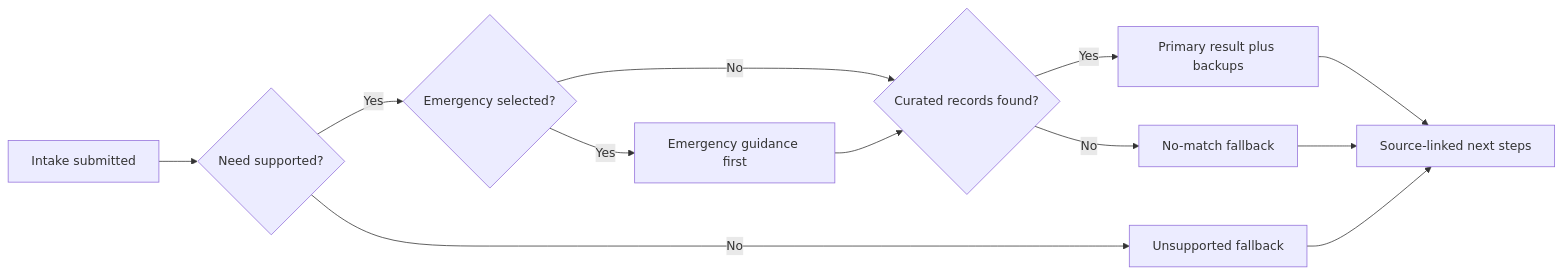
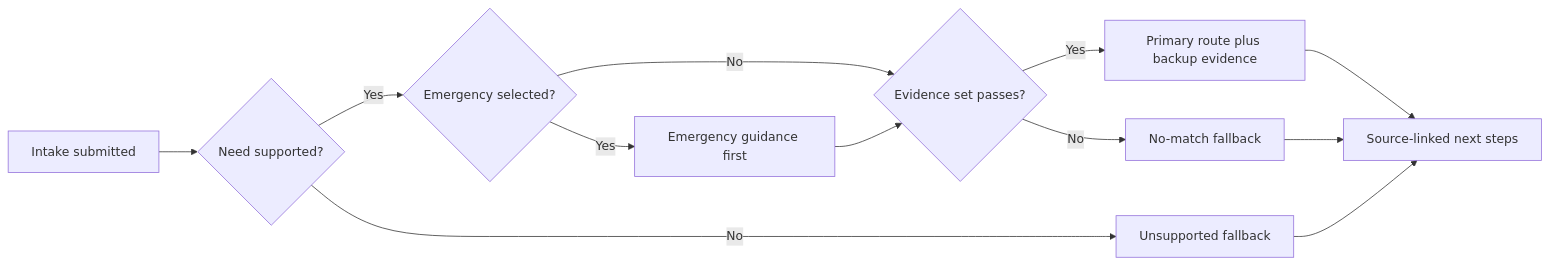
Before and after one commit to AbdelazizAhmed314/McGill-Care-Compass: the fourth of 4 diagrams in docs/project/User-Journey-and-Prototype-Response-Format.md, drawn with Mermaid. The commit also changed other lines of this file, not shown here.

````diff
--- a/docs/project/User-Journey-and-Prototype-Response-Format.md
+++ b/docs/project/User-Journey-and-Prototype-Response-Format.md
@@ -671,14 +703,14 @@
 ```mermaid
 flowchart LR
     A[Intake submitted] --> B{Need supported?}
     B -->|No| C[Unsupported fallback]
     B -->|Yes| D{Emergency selected?}
     D -->|Yes| E[Emergency guidance first]
-    D -->|No| F{Curated records found?}
+    D -->|No| F{Evidence set passes?}
     E --> F
-    F -->|Yes| G[Primary result plus backups]
+    F -->|Yes| G[Primary route plus backup evidence]
     F -->|No| H[No-match fallback]
     G --> I[Source-linked next steps]
     H --> I
     C --> I
 ```
````
